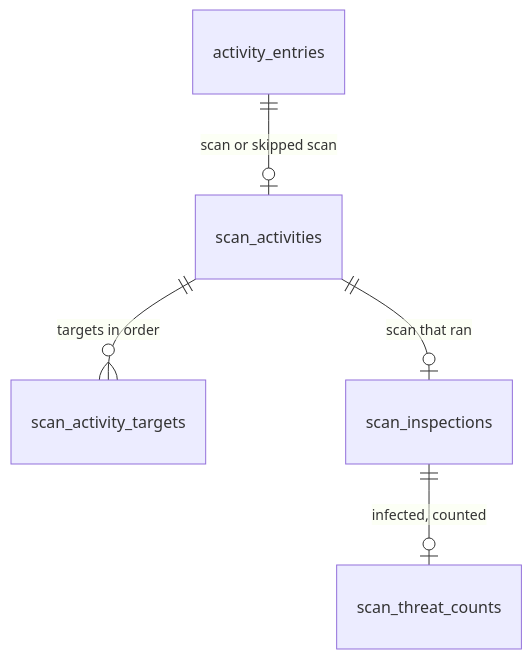
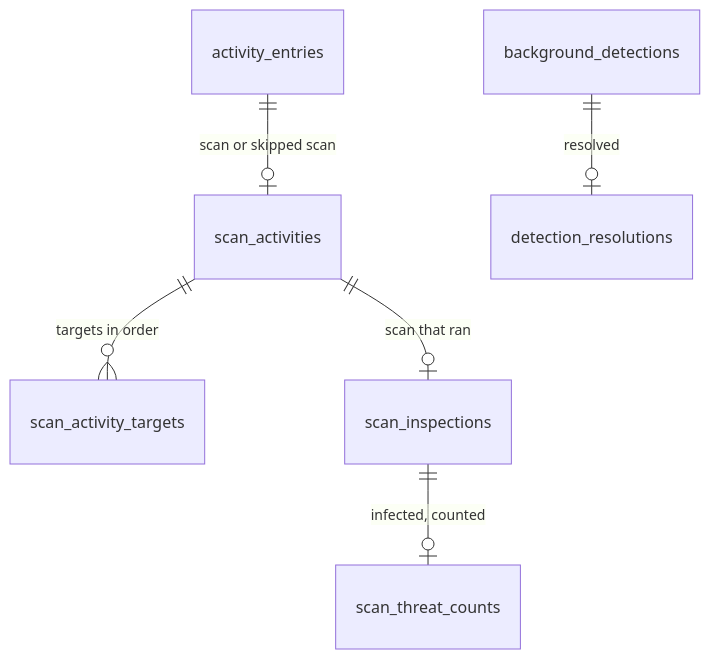
Before and after one commit to wvhulle/clamui: the sixth of 7 diagrams in docs/architecture.md, drawn with Mermaid. The commit also changed other lines of this file and 9 other files, not shown here.

First line of the commit message:
fix(history): key detections by file and signature, resolutions apart

````diff
--- a/docs/architecture.md
+++ b/docs/architecture.md
@@ -161,7 +161,8 @@
 ```mermaid
 erDiagram
     activity_entries ||--o| scan_activities : "scan or skipped scan"
     scan_activities ||--o{ scan_activity_targets : "targets in order"
     scan_activities ||--o| scan_inspections : "scan that ran"
     scan_inspections ||--o| scan_threat_counts : "infected, counted"
+    background_detections ||--o| detection_resolutions : "resolved"
 ```
````
